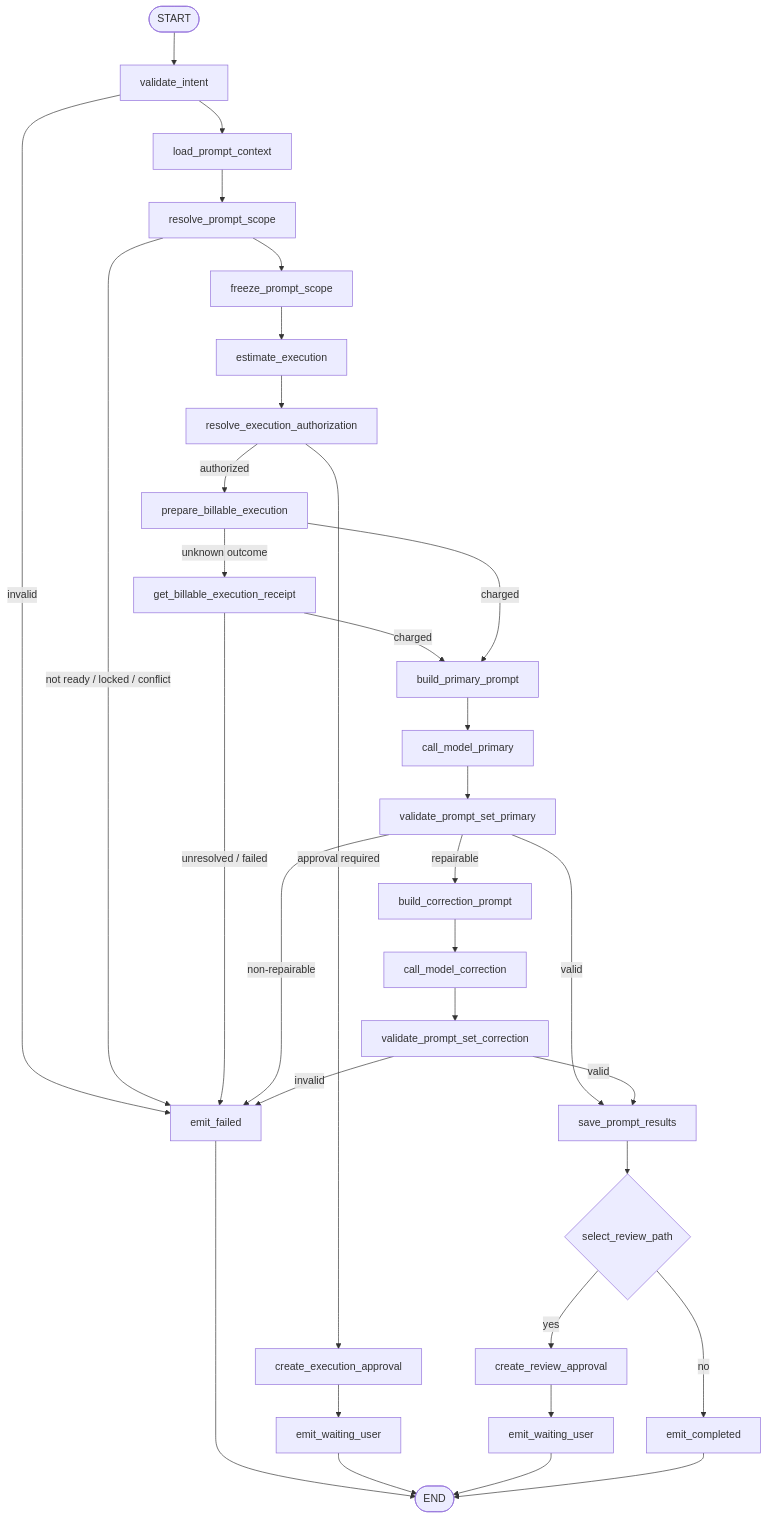
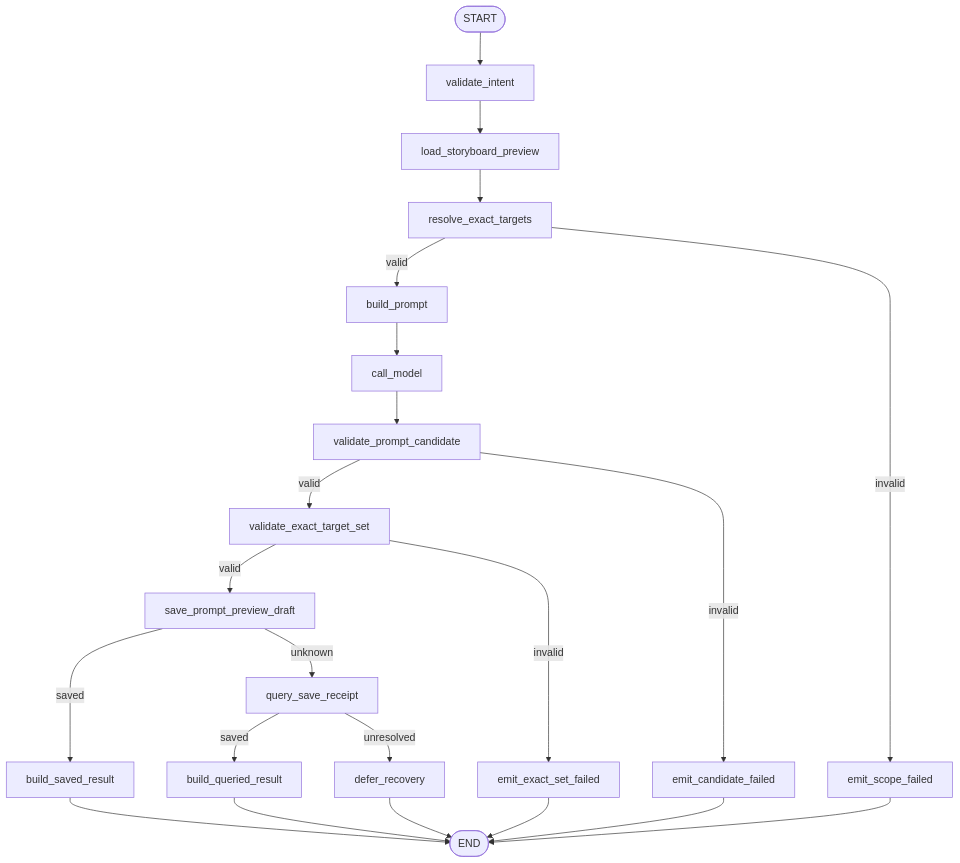
One commit to FigoGoo/Dora-Agent changed the first of 3 diagrams in docs/design/agent/graphtool/write_prompts-design.md. Above: the diagram before and after it, drawn with Mermaid. The commit also changed other lines of this file and 68 other files, not shown here.

````diff
--- a/docs/design/agent/graphtool/write_prompts-design.md
+++ b/docs/design/agent/graphtool/write_prompts-design.md
@@ -106,35 +39,24 @@
 ```mermaid
 flowchart TD
-    S([START]) --> V[validate_intent]
-    V -->|invalid| F[emit_failed]
-    V --> L[load_prompt_context]
-    L --> R[resolve_prompt_scope]
-    R -->|not ready / locked / conflict| F
-    R --> Z[freeze_prompt_scope]
-    Z --> E[estimate_execution]
-    E --> A[resolve_execution_authorization]
-    A -->|approval required| EA[create_execution_approval]
-    EA --> W1[emit_waiting_user]
-    A -->|authorized| C[prepare_billable_execution]
-    C -->|unknown outcome| Q[get_billable_execution_receipt]
-    Q -->|charged| P1[build_primary_prompt]
-    Q -->|unresolved / failed| F
-    C -->|charged| P1
-    P1 --> M1[call_model_primary]
-    M1 --> D1[validate_prompt_set_primary]
-    D1 -->|valid| SP[save_prompt_results]
-    D1 -->|repairable| P2[build_correction_prompt]
-    D1 -->|non-repairable| F
-    P2 --> M2[call_model_correction]
-    M2 --> D2[validate_prompt_set_correction]
-    D2 -->|valid| SP
-    D2 -->|invalid| F
-    SP --> B{select_review_path}
-    B -->|yes| RA[create_review_approval]
-    RA --> W2[emit_waiting_user]
-    B -->|no| OK[emit_completed]
-    F --> X([END])
-    W1 --> X
-    W2 --> X
-    OK --> X
+    S([START]) --> VI[validate_intent]
+    VI --> LS[load_storyboard_preview]
+    LS --> RT[resolve_exact_targets]
+    RT -->|valid| BP[build_prompt]
+    RT -->|invalid| SF[emit_scope_failed]
+    BP --> CM[call_model]
+    CM --> VC[validate_prompt_candidate]
+    VC -->|valid| VE[validate_exact_target_set]
+    VC -->|invalid| CF[emit_candidate_failed]
+    VE -->|valid| SD[save_prompt_preview_draft]
+    VE -->|invalid| EF[emit_exact_set_failed]
+    SD -->|saved| SR[build_saved_result]
+    SD -->|unknown| QR[query_save_receipt]
+    QR -->|saved| QRR[build_queried_result]
+    QR -->|unresolved| DR[defer_recovery]
+    SR --> X([END])
+    QRR --> X
+    SF --> X
+    CF --> X
+    EF --> X
+    DR --> X
 ```
````
